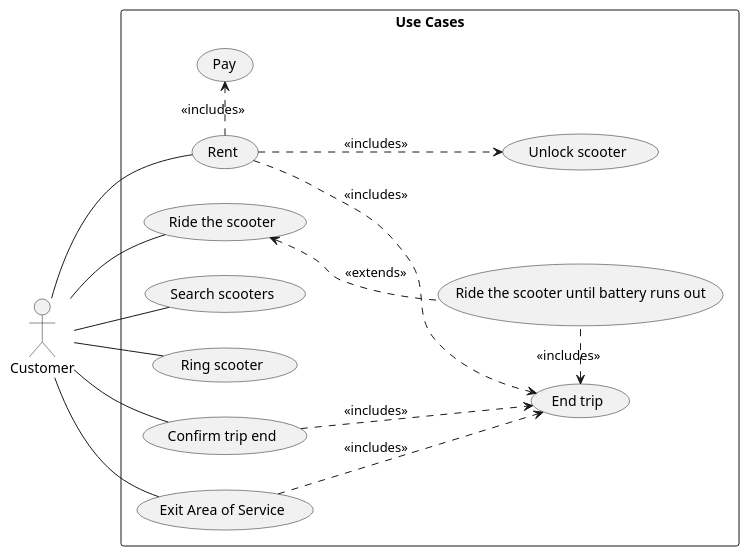
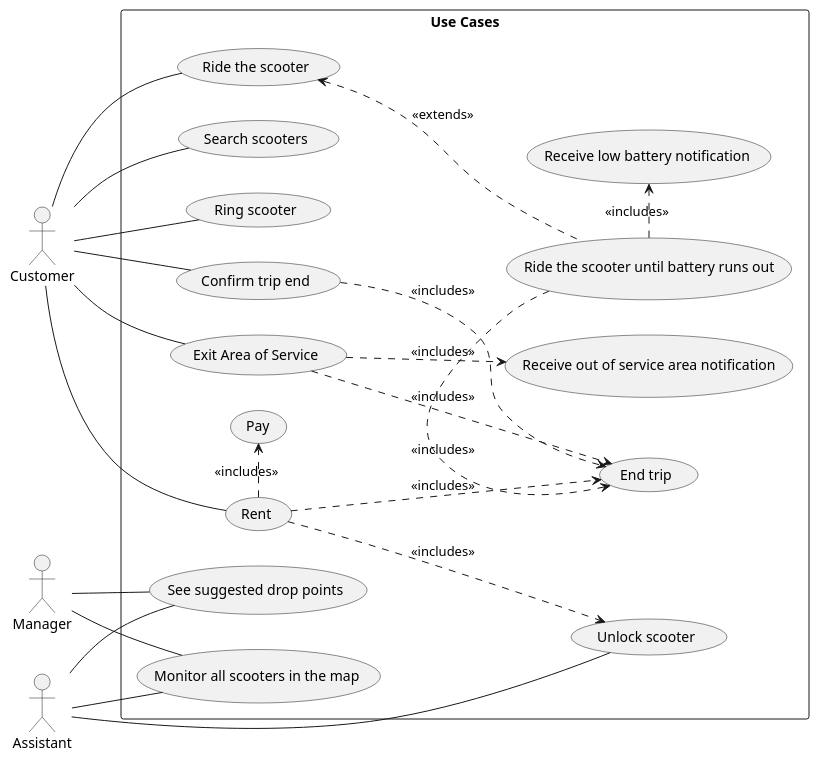
The diagram in Use Cases.md (e-scooter-2077/documentation), drawn with PlantUML before and after one commit.

Commit message:
Add actors and use cases

````diff
--- a/Use Cases.md
+++ b/Use Cases.md
@@ -43,32 +43,47 @@
 ```plantuml
 @startuml
 left to right direction
 actor "Customer" as c
+actor "Manager" as m
+actor "Assistant" as a
 rectangle "Use Cases" {
     usecase "Rent" as rent
     usecase "Pay" as pay
     usecase "Search scooters" as search 
     usecase "Ring scooter" as ring
     usecase "Unlock scooter" as unlock
     usecase "Confirm trip end" as confirm_end
     usecase "End trip" as end_trip
     usecase "Exit Area of Service" as exit_area
     usecase "Ride the scooter" as ride
     usecase "Ride the scooter until battery runs out" as ride_lot
+    usecase "Receive low battery notification" as battery_notification
+    usecase "Receive out of service area notification" as area_notification
+    usecase "Monitor all scooters in the map" as monitor
+    usecase "See suggested drop points" as see_points
+
     confirm_end .down.> end_trip : <<includes>>
     exit_area .down.> end_trip : <<includes>>
+    exit_area .down.> area_notification : <<includes>>
     ride_lot .up.> ride : <<extends>>
     ride_lot .left.> end_trip : <<includes>>
     rent .down.> unlock : <<includes>>
     rent .down.> end_trip : <<includes>>
     rent .> pay : <<includes>>
+    ride_lot .> battery_notification : <<includes>>
 }
 c -- search
 c -- ring
 c -- rent
 c -- confirm_end
 c -- exit_area
 c -- ride
 
+m -- monitor
+m -- see_points
+
+a -- monitor
+a -- see_points
+a -- unlock
 @enduml
 ```
````
